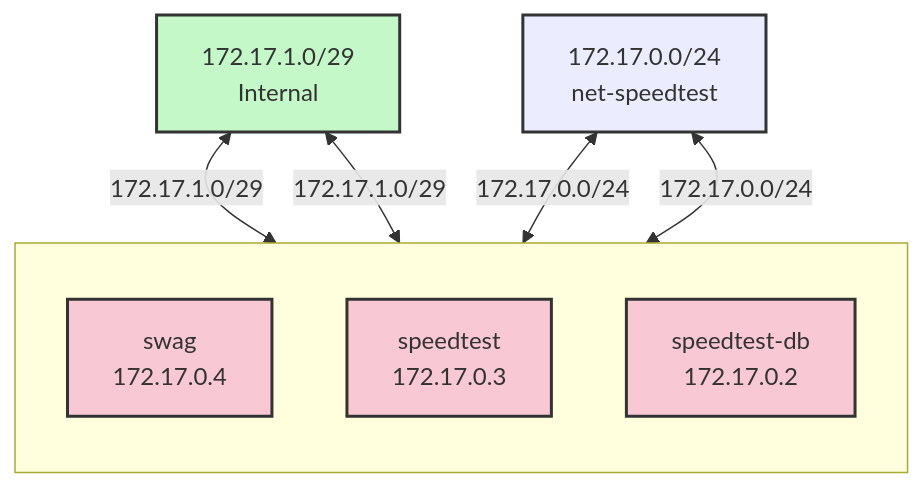
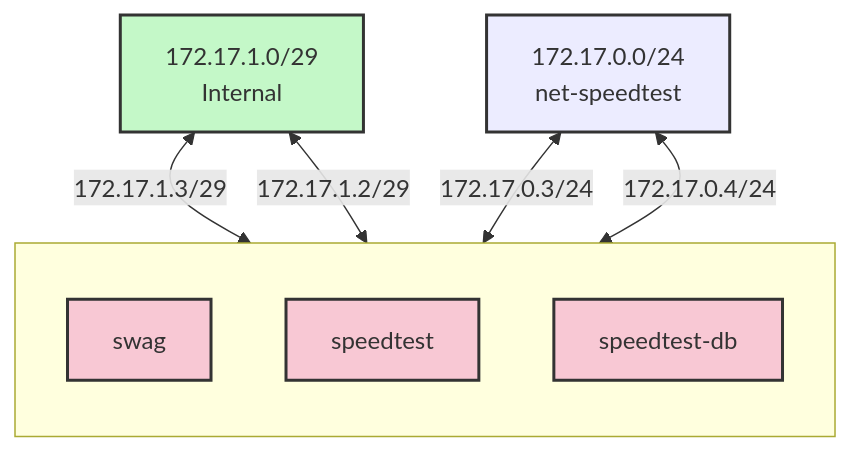
Before and after one commit to TakiMoysha/takimoysha.github.io: the diagram in devlog/docker-networking-how-write-custom-bridge.md, drawn with Mermaid.

Commit message:
correction diagram

````diff
--- a/devlog/docker-networking-how-write-custom-bridge.md
+++ b/devlog/docker-networking-how-write-custom-bridge.md
@@ -61,22 +61,23 @@
 ```mermaid
 graph TD;
 	subgraph containers [ ]
 		direction TB
-		swag["swag<br/>172.17.0.4"]:::container
-		speedtest["speedtest<br/>172.17.0.3"]:::container
-		speedtest_db["speedtest-db<br/>172.17.0.2"]:::container
+		swag["swag"]:::container
+		speedtest["speedtest"]:::container
+		speedtest_db["speedtest-db"]:::container
 	end
 
 	net_speedtest["172.17.0.0/24<br/>net-speedtest"]:::net_speedtest
 	internal["172.17.1.0/29<br/>Internal"]:::internal
 
-	internal <-->|172.17.1.0/29| speedtest
-	internal <-->|172.17.1.0/29| speedtest_db
+	internal <-->|172.17.1.3/29| speedtest
+	internal <-->|172.17.1.2/29| speedtest_db
 
-	net_speedtest <-->|172.17.0.0/24| speedtest
-	net_speedtest <-->|172.17.0.0/24| swag
+	net_speedtest <-->|172.17.0.3/24| speedtest
+	net_speedtest <-->|172.17.0.4/24| swag
 
-  classDef container fill:#f8c8d4,stroke:#333,stroke-width:2px;
-  classDef internal fill:#c4f8c8,stroke:#333,stroke-width:2px;
-  classDef net_speedtest fill:#c8c8c8c,stroke:#333,stroke-width:2px;
+
+    classDef container fill:#f8c8d4,stroke:#333,stroke-width:2px;
+    classDef internal fill:#c4f8c8,stroke:#333,stroke-width:2px;
+    classDef net_speedtest fill:#c8c8c8c,stroke:#333,stroke-width:2px;
 ```
````
